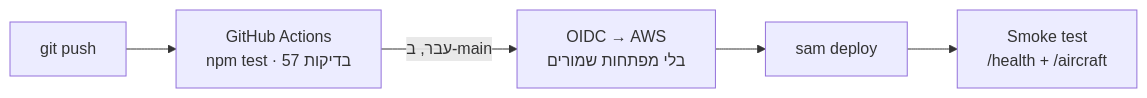
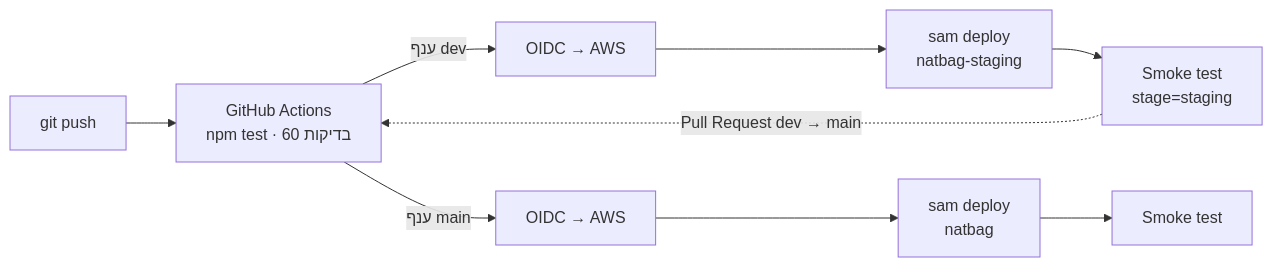
One commit to ackerme/natbag-monitor changed the second of 2 diagrams in README.md. Above: the diagram before and after it, drawn with Mermaid. The commit also changed other lines of this file and 1 other file, not shown here.

````diff
--- a/README.md
+++ b/README.md
@@ -82,7 +84,7 @@
 ```mermaid
 flowchart LR
-    D[git push] --> T[GitHub Actions<br/>npm test · 57 בדיקות]
-    T -->|עבר, ב-main| O[OIDC → AWS<br/>בלי מפתחות שמורים]
-    O --> S[sam deploy]
-    S --> H[Smoke test<br/>/health + /aircraft]
+    D[git push] --> T[GitHub Actions<br/>npm test · 60 בדיקות]
+    T -->|ענף dev| SO[OIDC → AWS] --> SS[sam deploy<br/>natbag-staging] --> SH[Smoke test<br/>stage=staging]
+    T -->|ענף main| PO[OIDC → AWS] --> PS[sam deploy<br/>natbag] --> PH[Smoke test]
+    SH -.->|Pull Request dev → main| T
 ```
````
